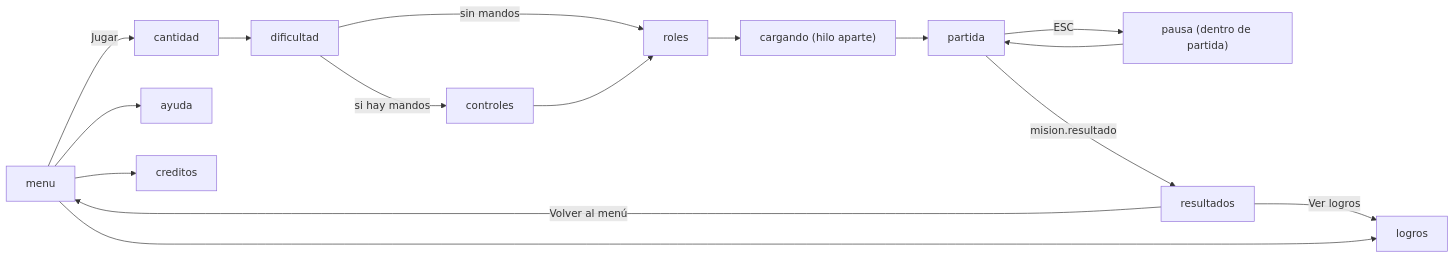
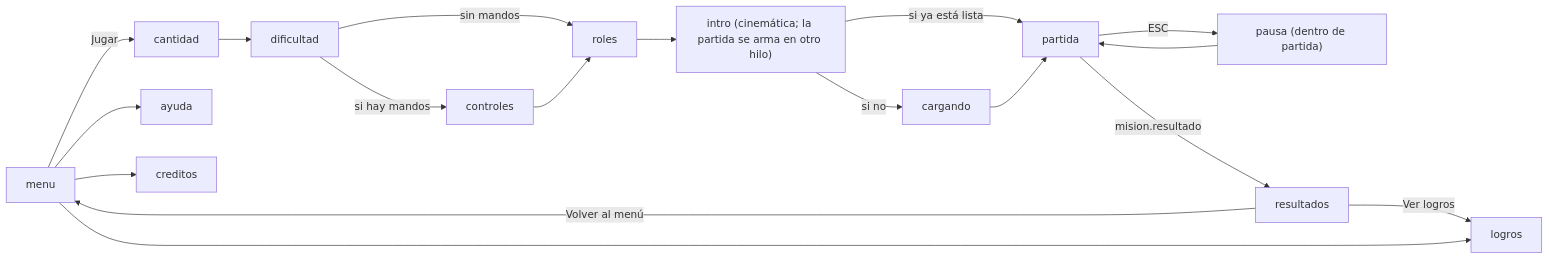
Before and after one commit to J0S23/Estructuras_Datos: the second of 4 diagrams in docs/arquitectura.md, drawn with Mermaid. The commit also changed other lines of this file and 104 other files, not shown here.

````diff
--- a/docs/arquitectura.md
+++ b/docs/arquitectura.md
@@ -127,18 +129,20 @@
 ```mermaid
 flowchart LR
     menu["menu"] -->|"Jugar"| cantidad["cantidad"]
     cantidad --> dificultad["dificultad"]
     dificultad -->|"si hay mandos"| controles["controles"]
     dificultad -->|"sin mandos"| roles["roles"]
     controles --> roles
-    roles --> cargando["cargando (hilo aparte)"]
-    cargando --> partida["partida"]
+    roles --> intro["intro (cinemática; la partida se arma en otro hilo)"]
+    intro -->|"si ya está lista"| partida["partida"]
+    intro -->|"si no"| cargando["cargando"]
+    cargando --> partida
     partida -->|"ESC"| pausa["pausa (dentro de partida)"]
     pausa --> partida
     partida -->|"mision.resultado"| resultados["resultados"]
     resultados -->|"Volver al menú"| menu
     resultados -->|"Ver logros"| logros
     menu --> logros["logros"]
     menu --> ayuda["ayuda"]
     menu --> creditos["creditos"]
 ```
````
